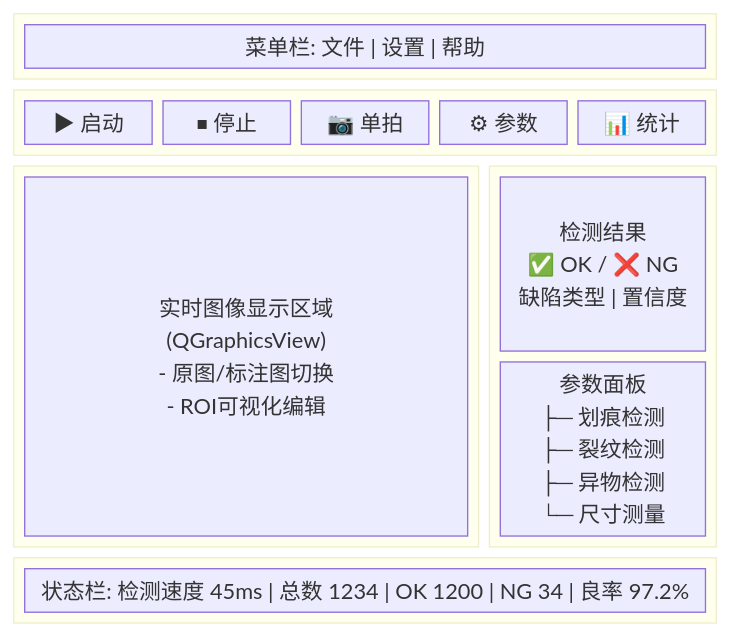
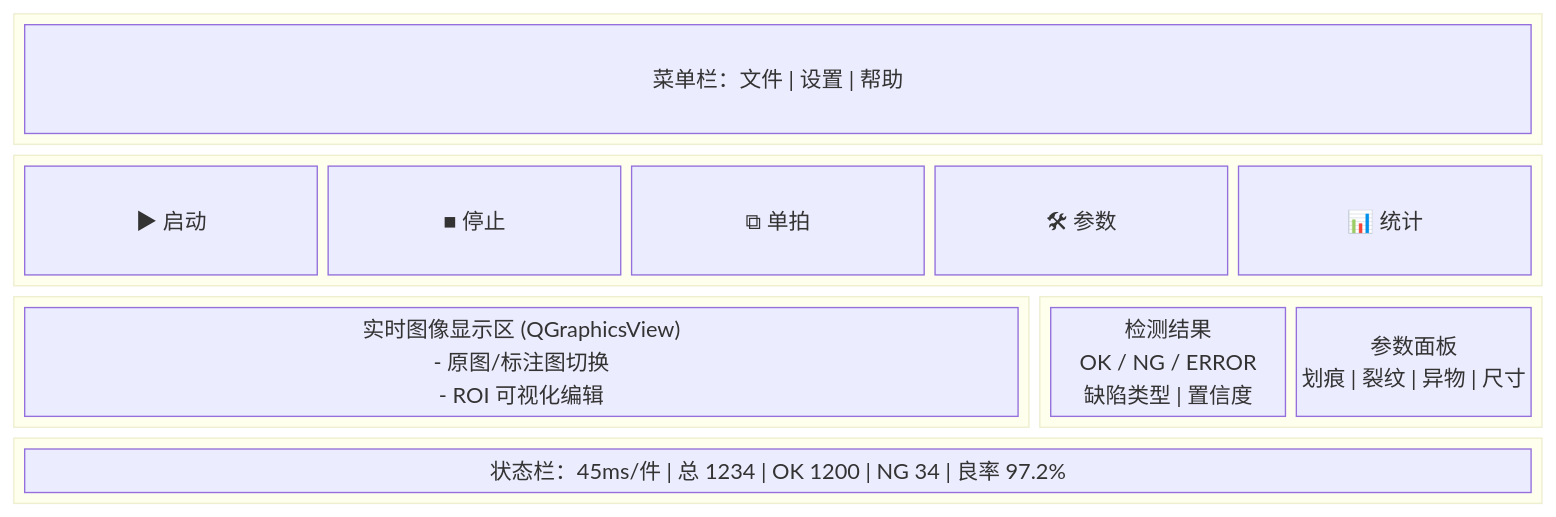
Before and after one commit to dswcpp/DefectDetection-: the diagram in docs/UI 界面设计.md, drawn with Mermaid. The commit also changed other lines of this file and 28 other files, not shown here.

````diff
--- a/docs/UI 界面设计.md
+++ b/docs/UI 界面设计.md
@@ -7,34 +7,24 @@
 ```mermaid
 block-beta
     columns 3
-    
     block:header:3
-        columns 3
-        menu["菜单栏: 文件 | 设置 | 帮助"]
+        menu["菜单栏：文件 | 设置 | 帮助"]
     end
-    
     block:toolbar:3
-        columns 5
         btn1["▶ 启动"]
-        btn2["⏹ 停止"]
-        btn3["📷 单拍"]
-        btn4["⚙ 参数"]
+        btn2["■ 停止"]
+        btn3["⧉ 单拍"]
+        btn4["🛠 参数"]
         btn5["📊 统计"]
     end
-    
     block:main:2
-        columns 1
-        preview["实时图像显示区域\n(QGraphicsView)\n- 原图/标注图切换\n- ROI可视化编辑"]
+        preview["实时图像显示区 (QGraphicsView)\n- 原图/标注图切换\n- ROI 可视化编辑"]
     end
-    
     block:side:1
-        columns 1
-        result["检测结果\n✅ OK / ❌ NG\n缺陷类型 | 置信度"]
-        params["参数面板\n├─ 划痕检测\n├─ 裂纹检测\n├─ 异物检测\n└─ 尺寸测量"]
+        result["检测结果\nOK / NG / ERROR\n缺陷类型 | 置信度"]
+        params["参数面板\n划痕 | 裂纹 | 异物 | 尺寸"]
     end
-    
     block:footer:3
-        columns 1
-        status["状态栏: 检测速度 45ms | 总数 1234 | OK 1200 | NG 34 | 良率 97.2%"]
+        status["状态栏：45ms/件 | 总 1234 | OK 1200 | NG 34 | 良率 97.2%"]
     end
 ```
````
